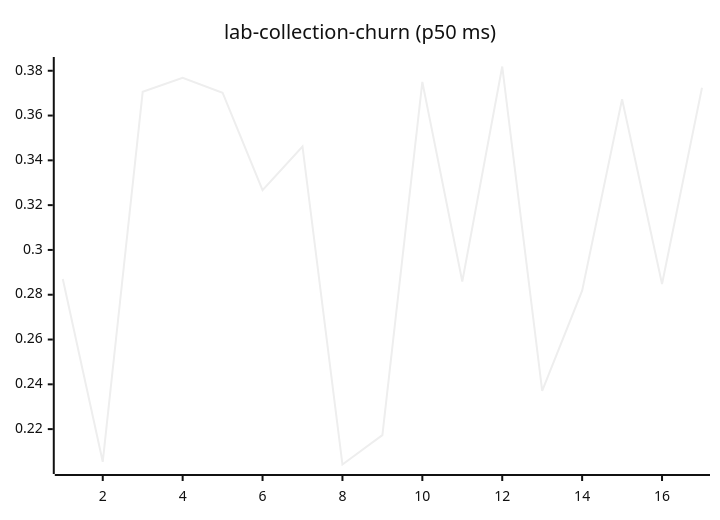
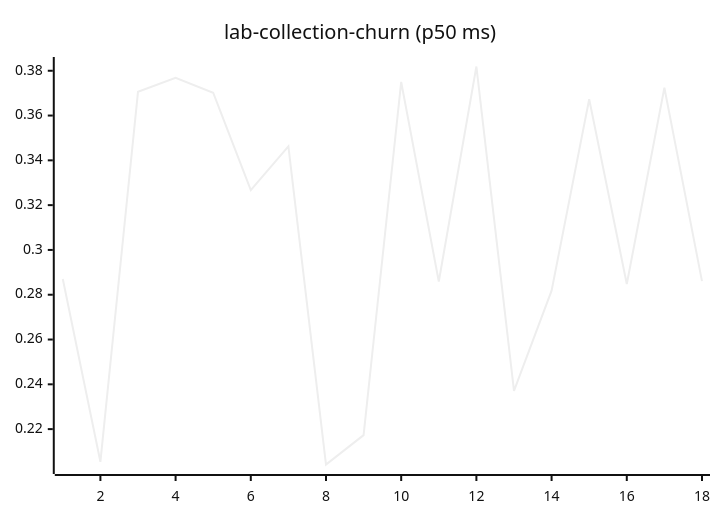
Before and after one commit to josha/Facet: diagram 11 of 27 in README.md, drawn with Mermaid (neutral theme). The commit also changed other lines of this file and 2 other files, not shown here.

````diff
--- a/README.md
+++ b/README.md
@@ -133,6 +133,6 @@
 ```mermaid
 xychart-beta
     title "lab-collection-churn (p50 ms)"
-    x-axis 1 --> 17
-    line [0.2870, 0.2054, 0.3706, 0.3769, 0.3702, 0.3267, 0.3462, 0.2042, 0.2173, 0.3750, 0.2859, 0.3819, 0.2371, 0.2818, 0.3673, 0.2848, 0.3724]
+    x-axis 1 --> 18
+    line [0.2870, 0.2054, 0.3706, 0.3769, 0.3702, 0.3267, 0.3462, 0.2042, 0.2173, 0.3750, 0.2859, 0.3819, 0.2371, 0.2818, 0.3673, 0.2848, 0.3724, 0.2861]
 ```
````
